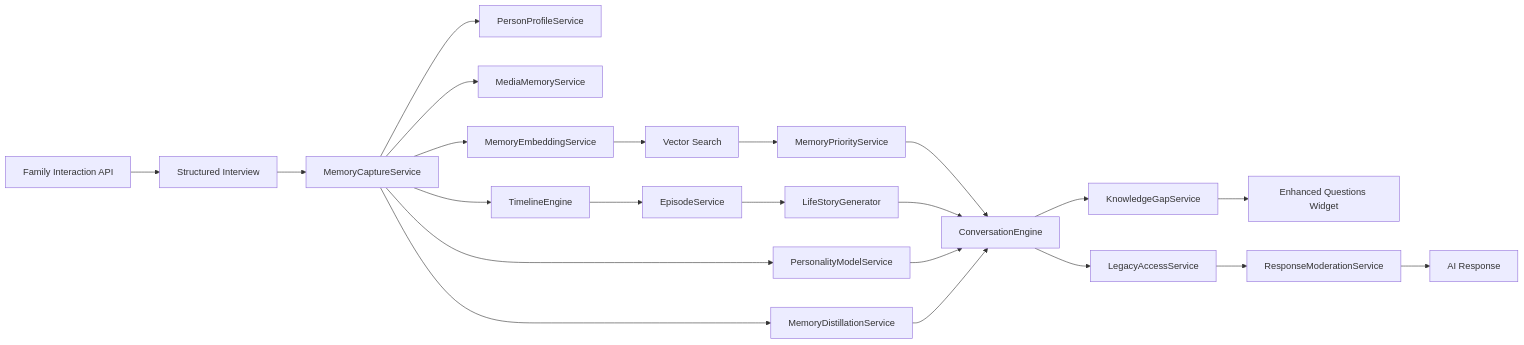
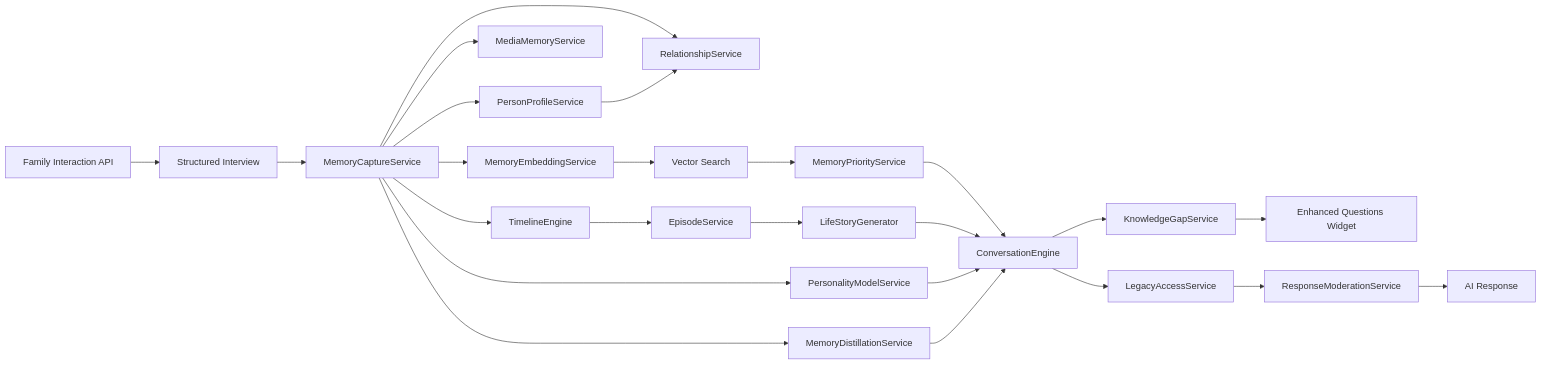
One commit to ali919191/legacyai changed the diagram in README.md. Above: the diagram before and after it, drawn with Mermaid. The commit also changed other lines of this file and 7 other files, not shown here.

Commit message:
Add relationship graph for entity relationship tracking.

````diff
--- a/README.md
+++ b/README.md
@@ -181,36 +209,39 @@
 ```mermaid
 flowchart LR
     API[Family Interaction API]
     INTERVIEW[Structured Interview]
     MEMORY[MemoryCaptureService]
     PROFILE[PersonProfileService]
+    RELATIONSHIP[RelationshipService]
     MEDIA[MediaMemoryService]
     TIMELINE[TimelineEngine]
     EPISODE[EpisodeService]
     EMBED[MemoryEmbeddingService]
     VECTOR[Vector Search]
     PRIORITY[MemoryPriorityService]
     STORY[LifeStoryGenerator]
     CONVO[ConversationEngine]
     GAP[KnowledgeGapService]
     WIDGET[Enhanced Questions Widget]
     PERSONA[PersonalityModelService]
     DISTILL[MemoryDistillationService]
     ACCESS[LegacyAccessService]
     MOD[ResponseModerationService]
     RESPONSE[AI Response]
 
     API --> INTERVIEW --> MEMORY
     MEMORY --> PROFILE
+    MEMORY --> RELATIONSHIP
+    PROFILE --> RELATIONSHIP
     MEMORY --> MEDIA
     MEMORY --> TIMELINE --> EPISODE
     EPISODE --> STORY
     MEMORY --> EMBED --> VECTOR --> PRIORITY --> CONVO
     STORY --> CONVO
     CONVO --> GAP --> WIDGET
     MEMORY --> PERSONA
     MEMORY --> DISTILL
     PERSONA --> CONVO
     DISTILL --> CONVO
     CONVO --> ACCESS --> MOD --> RESPONSE
 ```
````
